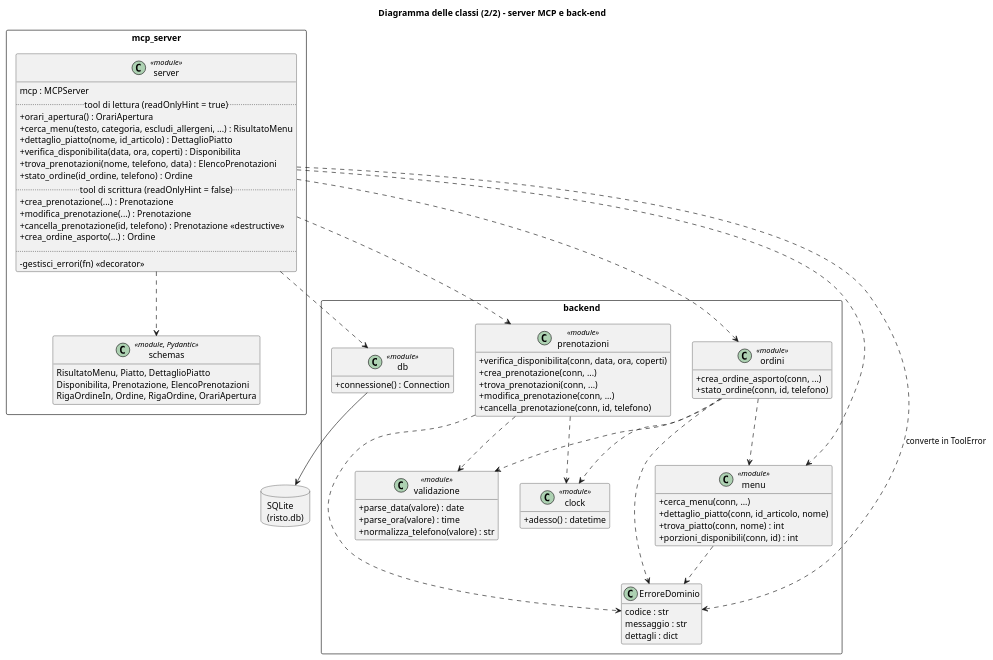
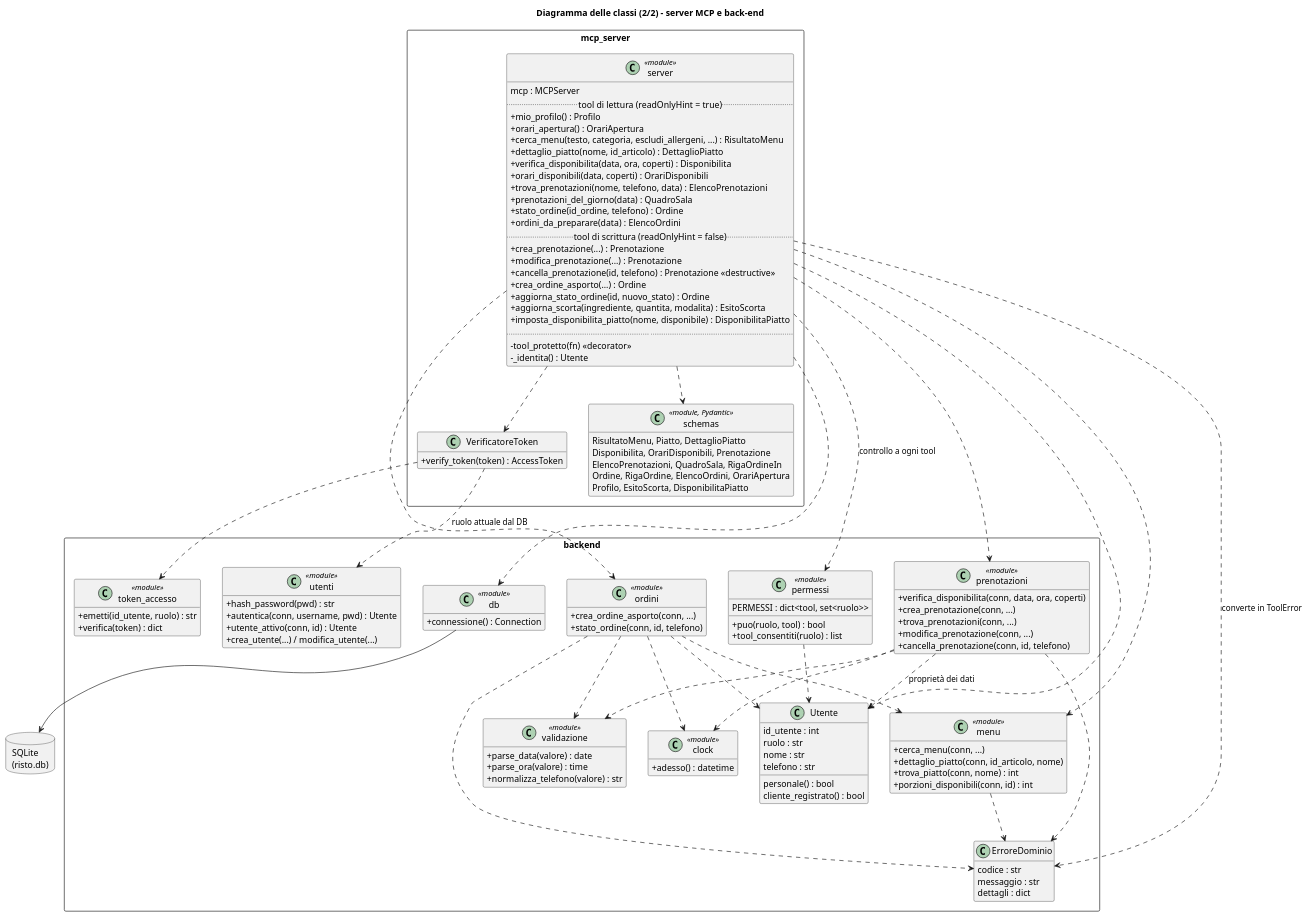
One commit to Gabrymarg/Gabrymarg-AI-MCP changed the diagram in docs/diagrammi/classi_server.puml. Above: the diagram before and after it, drawn with PlantUML. The commit also changed 67 other files, not shown here.

First line of the commit message:
Web app con utenti, ruoli e permessi; server MCP via HTTP con token

```diff
--- a/docs/diagrammi/classi_server.puml
+++ b/docs/diagrammi/classi_server.puml
@@ -1,86 +1,131 @@
 @startuml classi_server
 title Diagramma delle classi (2/2) - server MCP e back-end
 skinparam shadowing false
 skinparam classAttributeIconSize 0
 hide empty members
 allowmixing
 
 package "mcp_server" <<Rectangle>> {
   class server <<module>> {
     mcp : MCPServer
     .. tool di lettura (readOnlyHint = true) ..
+    + mio_profilo() : Profilo
     + orari_apertura() : OrariApertura
     + cerca_menu(testo, categoria, escludi_allergeni, ...) : RisultatoMenu
     + dettaglio_piatto(nome, id_articolo) : DettaglioPiatto
     + verifica_disponibilita(data, ora, coperti) : Disponibilita
+    + orari_disponibili(data, coperti) : OrariDisponibili
     + trova_prenotazioni(nome, telefono, data) : ElencoPrenotazioni
+    + prenotazioni_del_giorno(data) : QuadroSala
     + stato_ordine(id_ordine, telefono) : Ordine
+    + ordini_da_preparare(data) : ElencoOrdini
     .. tool di scrittura (readOnlyHint = false) ..
     + crea_prenotazione(...) : Prenotazione
     + modifica_prenotazione(...) : Prenotazione
     + cancella_prenotazione(id, telefono) : Prenotazione <<destructive>>
     + crea_ordine_asporto(...) : Ordine
+    + aggiorna_stato_ordine(id, nuovo_stato) : Ordine
+    + aggiorna_scorta(ingrediente, quantita, modalita) : EsitoScorta
+    + imposta_disponibilita_piatto(nome, disponibile) : DisponibilitaPiatto
     .. ..
-    - gestisci_errori(fn) <<decorator>>
+    - tool_protetto(fn) <<decorator>>
+    - _identita() : Utente
+  }
+  class VerificatoreToken {
+    + verify_token(token) : AccessToken
   }
   class schemas <<module, Pydantic>> {
     RisultatoMenu, Piatto, DettaglioPiatto
-    Disponibilita, Prenotazione, ElencoPrenotazioni
-    RigaOrdineIn, Ordine, RigaOrdine, OrariApertura
+    Disponibilita, OrariDisponibili, Prenotazione
+    ElencoPrenotazioni, QuadroSala, RigaOrdineIn
+    Ordine, RigaOrdine, ElencoOrdini, OrariApertura
+    Profilo, EsitoScorta, DisponibilitaPiatto
   }
 }
 
 package "backend" <<Rectangle>> {
   class prenotazioni <<module>> {
     + verifica_disponibilita(conn, data, ora, coperti)
     + crea_prenotazione(conn, ...)
     + trova_prenotazioni(conn, ...)
     + modifica_prenotazione(conn, ...)
     + cancella_prenotazione(conn, id, telefono)
   }
   class menu <<module>> {
     + cerca_menu(conn, ...)
     + dettaglio_piatto(conn, id_articolo, nome)
     + trova_piatto(conn, nome) : int
     + porzioni_disponibili(conn, id) : int
   }
   class ordini <<module>> {
     + crea_ordine_asporto(conn, ...)
     + stato_ordine(conn, id, telefono)
   }
   class validazione <<module>> {
     + parse_data(valore) : date
     + parse_ora(valore) : time
     + normalizza_telefono(valore) : str
   }
   class clock <<module>> {
     + adesso() : datetime
   }
   class db <<module>> {
     + connessione() : Connection
   }
   class ErroreDominio {
     codice : str
     messaggio : str
     dettagli : dict
   }
+  class permessi <<module>> {
+    PERMESSI : dict<tool, set<ruolo>>
+    + puo(ruolo, tool) : bool
+    + tool_consentiti(ruolo) : list
+  }
+  class Utente {
+    id_utente : int
+    ruolo : str
+    nome : str
+    telefono : str
+    personale() : bool
+    cliente_registrato() : bool
+  }
+  class utenti <<module>> {
+    + hash_password(pwd) : str
+    + autentica(conn, username, pwd) : Utente
+    + utente_attivo(conn, id) : Utente
+    + crea_utente(...) / modifica_utente(...)
+  }
+  class token_accesso <<module>> {
+    + emetti(id_utente, ruolo) : str
+    + verifica(token) : dict
+  }
 }
+
+VerificatoreToken ..> token_accesso
+VerificatoreToken ..> utenti : ruolo attuale dal DB
+server ..> VerificatoreToken
+server ..> permessi : controllo a ogni tool
+server ..> Utente
+prenotazioni ..> Utente : proprietà dei dati
+ordini ..> Utente
+permessi ..> Utente
 
 database "SQLite\n(risto.db)" as DB
 
 server ..> schemas
 server ..> prenotazioni
 server ..> menu
 server ..> ordini
 server ..> db
 server ..> ErroreDominio : converte in ToolError
 prenotazioni ..> validazione
 ordini ..> validazione
 ordini ..> menu
 prenotazioni ..> clock
 ordini ..> clock
 prenotazioni ..> ErroreDominio
 menu ..> ErroreDominio
 ordini ..> ErroreDominio
 db --> DB
 @enduml
```
